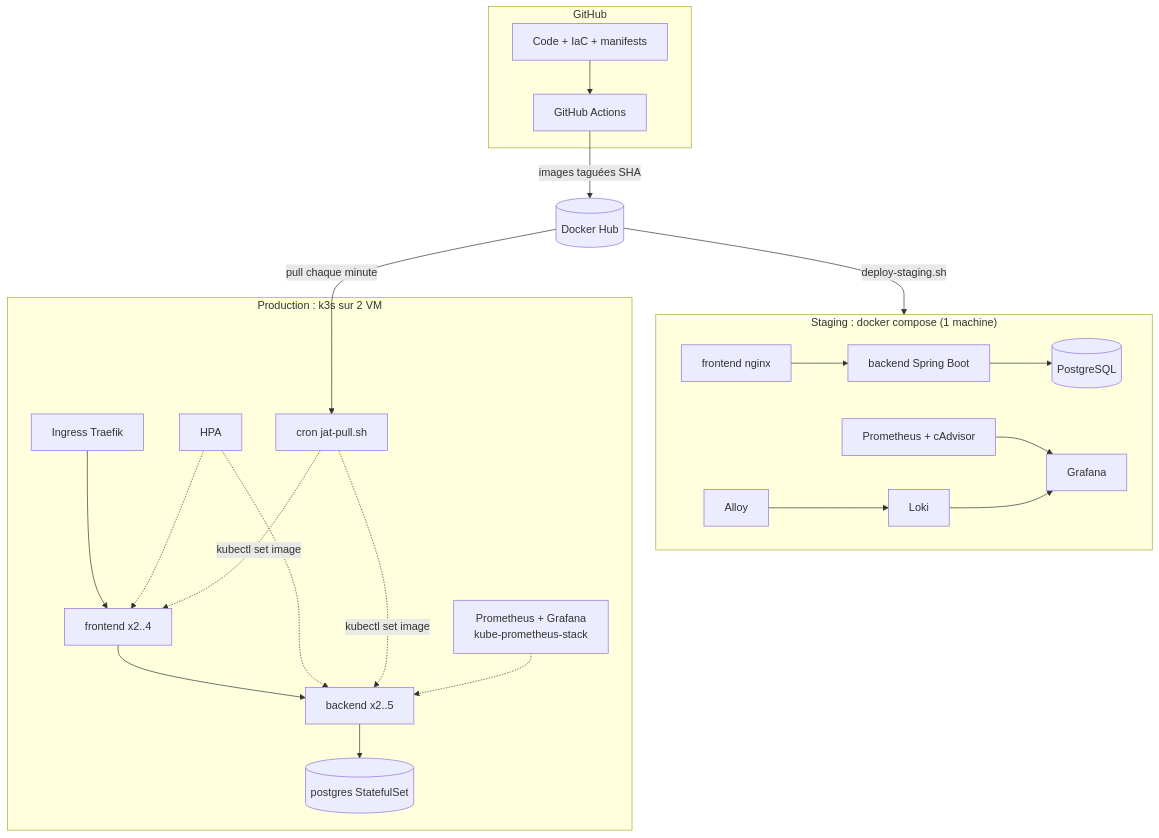
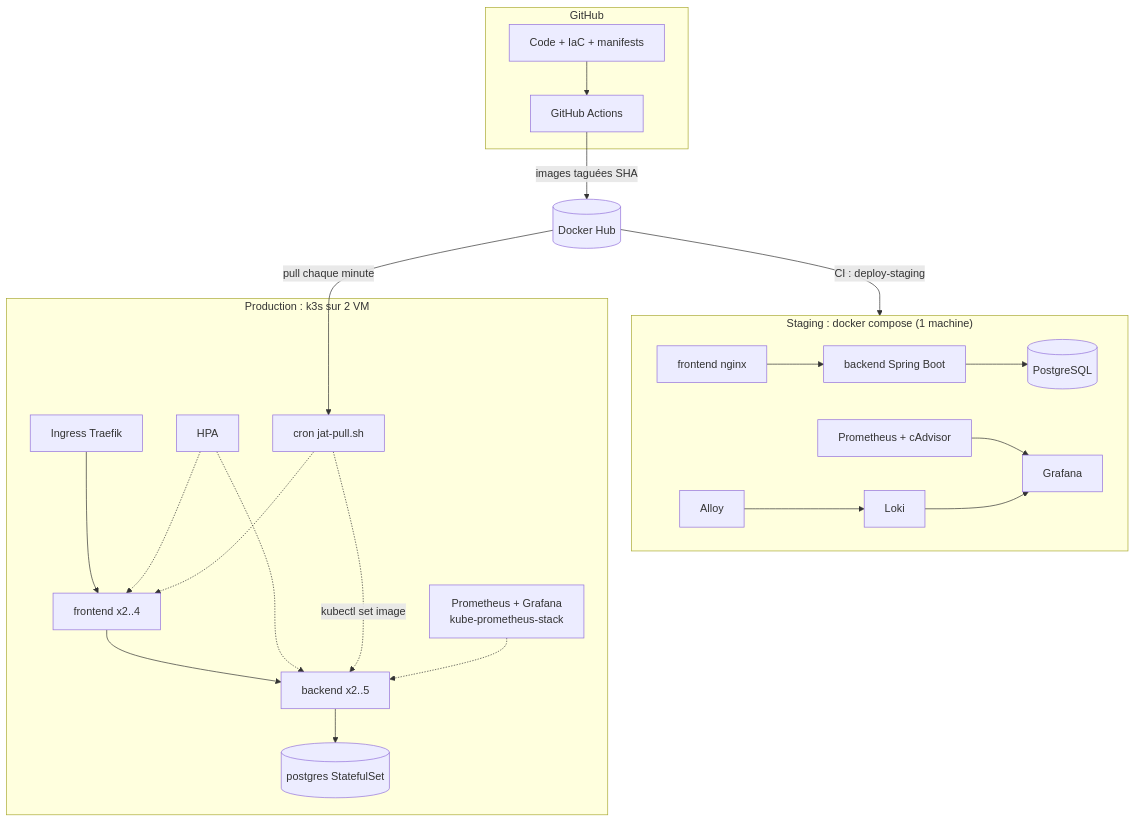
One commit to AnecV8/Projet-devops-avancee changed the first of 2 diagrams in docs/dossier-projet.md. Above: the diagram before and after it, drawn with Mermaid. The commit also changed other lines of this file and 6 other files, not shown here.

````diff
--- a/docs/dossier-projet.md
+++ b/docs/dossier-projet.md
@@ -13,25 +13,27 @@
 ```mermaid
 flowchart TB
   subgraph GitHub
     code[Code + IaC + manifests] --> ci[GitHub Actions]
   end
   ci -->|images taguées SHA| hub[(Docker Hub)]
 
   subgraph Staging["Staging : docker compose (1 machine)"]
     sfront[frontend nginx] --> sback[backend Spring Boot] --> sdb[(PostgreSQL)]
     sprom[Prometheus + cAdvisor] --> sgraf[Grafana]
     salloy[Alloy] --> sloki[Loki] --> sgraf
   end
 
   subgraph Prod["Production : k3s sur 2 VM"]
     ing[Ingress Traefik] --> pfront[frontend x2..4]
     pfront --> pback[backend x2..5]
     pback --> pdb[(postgres StatefulSet)]
-    hpa[HPA] -.-> pfront & pback
-    cron[cron jat-pull.sh] -.->|kubectl set image| pback & pfront
+    hpa[HPA] -.-> pfront
+    hpa -.-> pback
+    cron[cron jat-pull.sh] -.->|kubectl set image| pback
+    cron -.-> pfront
     kps[Prometheus + Grafana<br/>kube-prometheus-stack] -.-> pback
   end
 
-  hub -->|deploy-staging.sh| Staging
+  hub -->|CI : deploy-staging| Staging
   hub -->|pull chaque minute| cron
 ```
````
